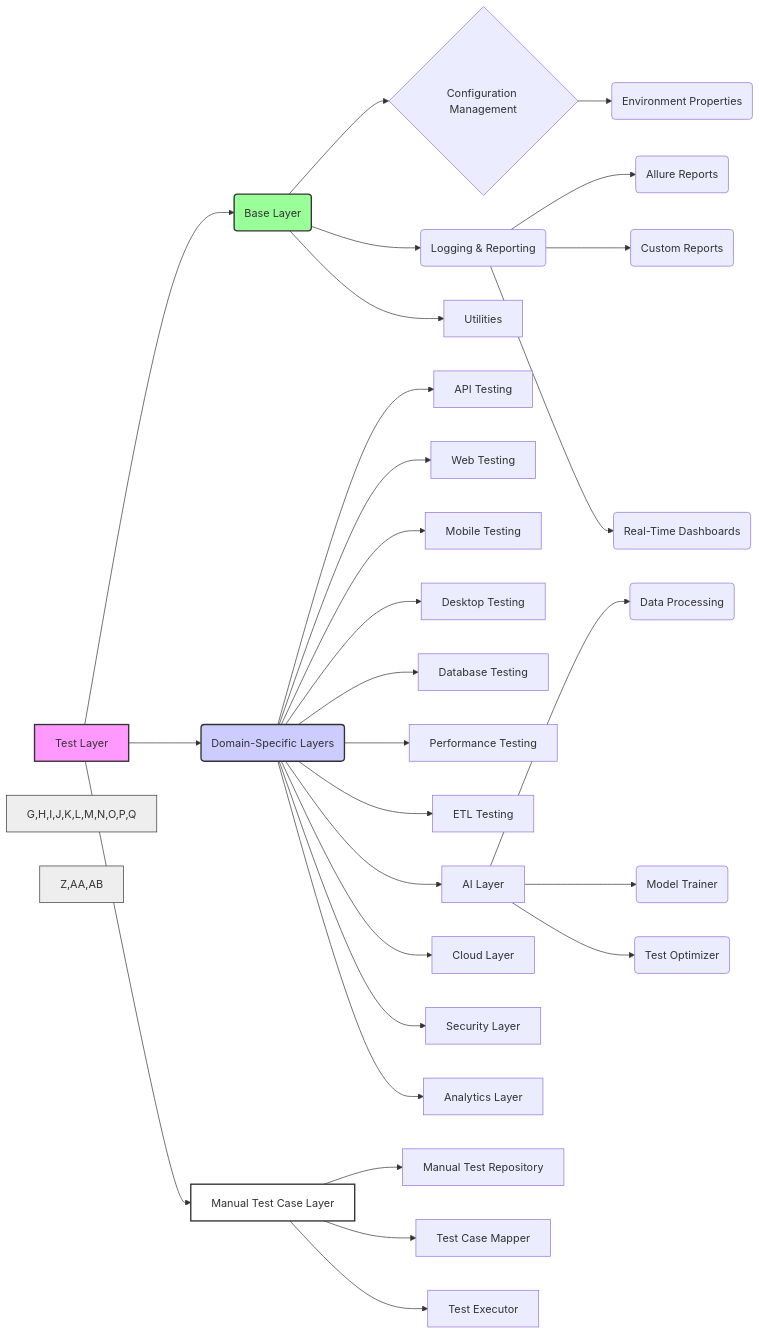
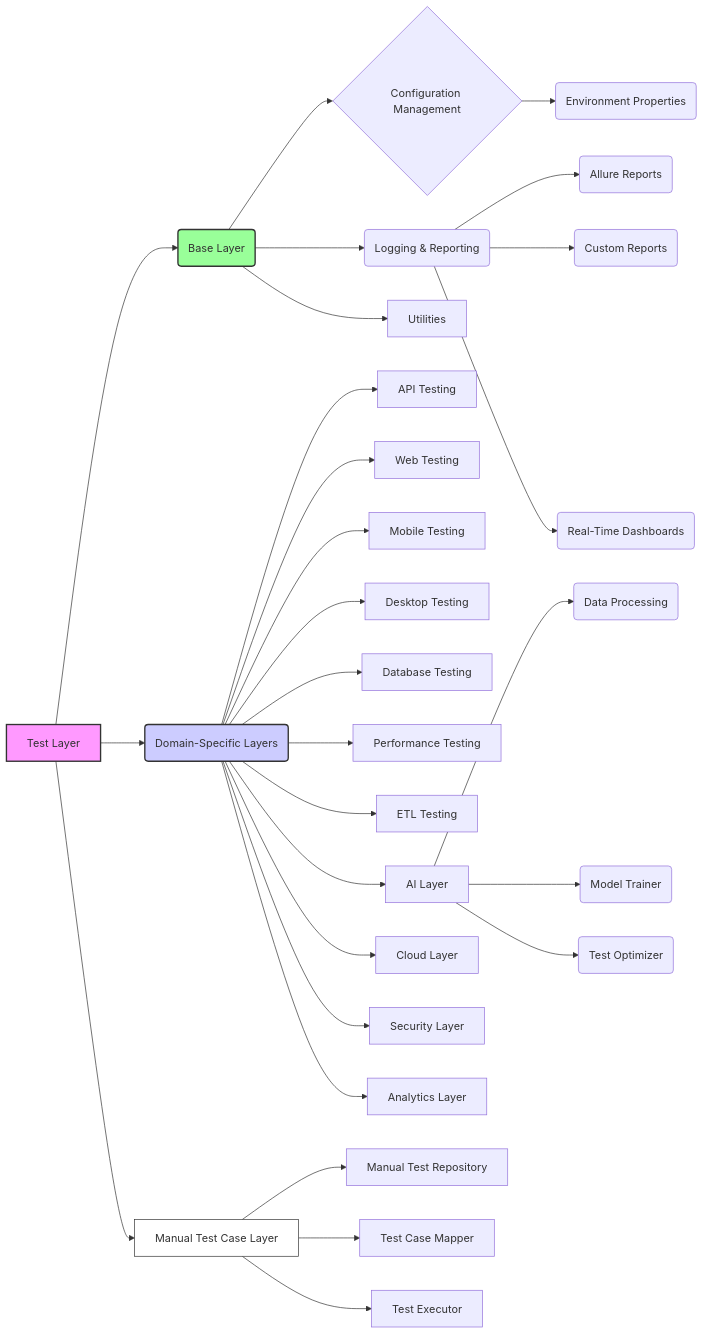
The first of 2 diagrams in README.md (Yash954564/SAWMPED-AATUMATION), drawn with Mermaid before and after one commit. The commit also changed other lines of this file, not shown here.

````diff
--- a/README.md
+++ b/README.md
@@ -659,36 +659,34 @@
 ```mermaid
 graph LR
     A[Test Layer] --> B(Base Layer);
     A --> C(Domain-Specific Layers);
      A --> Y[Manual Test Case Layer];
     B --> D{Configuration Management};
     B --> E(Logging & Reporting);
     B --> F[Utilities];
     C --> G[API Testing];
     C --> H[Web Testing];
     C --> I[Mobile Testing];
     C --> J[Desktop Testing];
     C --> K[Database Testing];
     C --> L[Performance Testing];
     C --> M[ETL Testing];
     C --> N[AI Layer];
     C --> O[Cloud Layer];
     C --> P[Security Layer];
     C --> Q[Analytics Layer];
     Y --> Z[Manual Test Repository];
     Y --> AA[Test Case Mapper];
     Y --> AB[Test Executor];
     D --> R(Environment Properties);
     E --> S(Allure Reports);
     E --> T(Custom Reports);
     E --> U(Real-Time Dashboards);
      N --> V(Data Processing)
       N --> W(Model Trainer)
       N --> X(Test Optimizer)
     style A fill:#f9f,stroke:#333,stroke-width:2px
     style C fill:#ccf,stroke:#333,stroke-width:2px
      style B fill:#9f9,stroke:#333,stroke-width:2px
-     style Y fill:#fff,stroke:#333,stroke-width:2px
-    style G,H,I,J,K,L,M,N,O,P,Q fill:#eee,stroke:#333,stroke-width:1px
-      style Z,AA,AB fill:#eee,stroke:#333,stroke-width:1px
+     style Y fill:#fff,stroke:#333,stroke-width:
 ```
````
